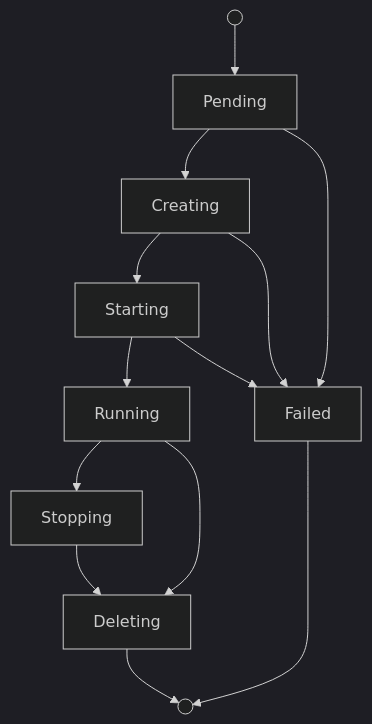
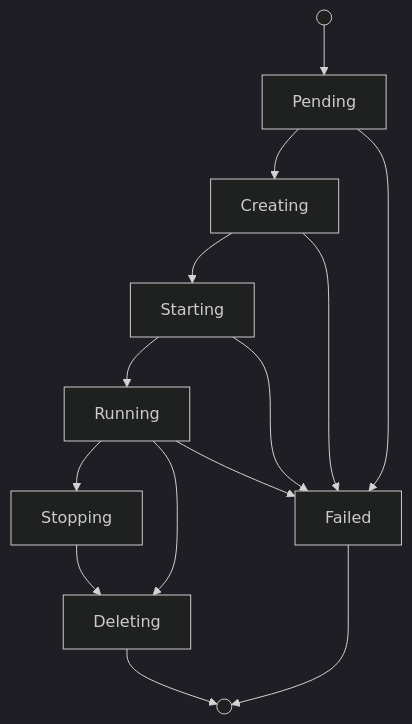
Before and after one commit to Mount-Thor/docs: the diagram in compute/virtual-machines.mdx, drawn with Mermaid (dark theme). The commit also changed other lines of this file and 13 other files, not shown here.

````diff
--- a/compute/virtual-machines.mdx
+++ b/compute/virtual-machines.mdx
@@ -18,15 +18,16 @@
 ```mermaid
 flowchart TD
   Start(( )) --> Pending[Pending]
   Pending --> Creating
   Creating --> Starting
   Starting --> Running
   Running --> Stopping
   Stopping --> Deleting
   Running --> Deleting
   Pending --> Failed
   Creating --> Failed
+  Running --> Failed
   Starting --> Failed
   Deleting --> End(( ))
   Failed --> End
 ```
````
